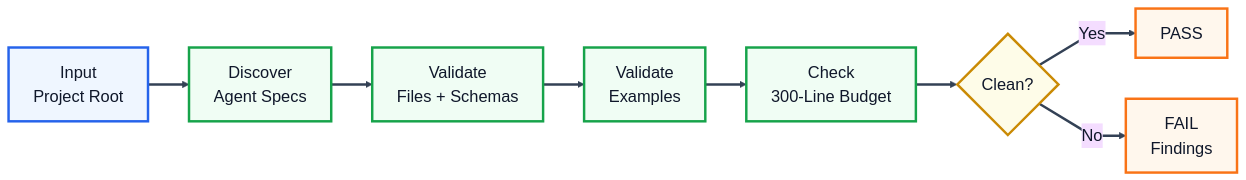
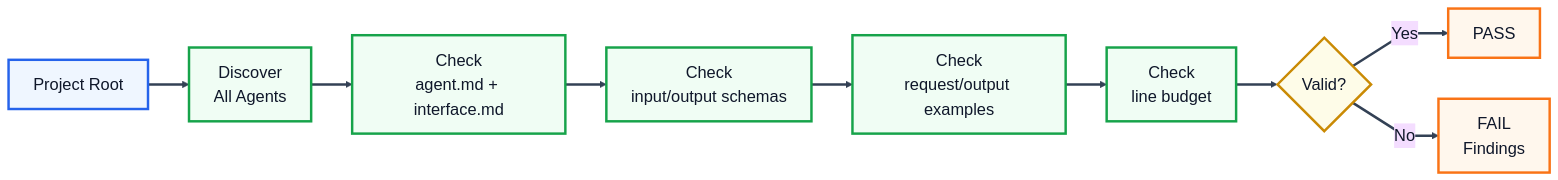
One commit to shiki-dml/My-Harness-Workflow changed the second of 4 diagrams in README.md. Above: the diagram before and after it, drawn with Mermaid. The commit also changed other lines of this file, not shown here.

Commit message:
Document harness interaction flows

````diff
--- a/README.md
+++ b/README.md
@@ -89,20 +119,21 @@
 ```mermaid
 %%{init: {"theme":"base","flowchart":{"curve":"linear","htmlLabels":true},"themeVariables":{"background":"#ffffff","mainBkg":"#ffffff","primaryTextColor":"#0f172a","fontSize":"20px","lineColor":"#334155"}}}%%
 flowchart LR
-    A["Input<br/>Project Root"] --> B["Discover<br/>Agent Specs"]
-    B --> C["Validate<br/>Files + Schemas"]
-    C --> D["Validate<br/>Examples"]
-    D --> E["Check<br/>300-Line Budget"]
-    E --> F{"Clean?"}
-    F -->|Yes| G["PASS"]
-    F -->|No| H["FAIL<br/>Findings"]
+    A["Project Root"] --> B["Discover<br/>All Agents"]
+    B --> C["Check<br/>agent.md + interface.md"]
+    C --> D["Check<br/>input/output schemas"]
+    D --> E["Check<br/>request/output examples"]
+    E --> F["Check<br/>line budget"]
+    F --> G{"Valid?"}
+    G -->|Yes| H["PASS"]
+    G -->|No| I["FAIL<br/>Findings"]
     classDef source fill:#eff6ff,stroke:#2563eb,stroke-width:3px,color:#0f172a
     classDef step fill:#f0fdf4,stroke:#16a34a,stroke-width:3px,color:#0f172a
     classDef decision fill:#fefce8,stroke:#ca8a04,stroke-width:3px,color:#0f172a
     classDef result fill:#fff7ed,stroke:#f97316,stroke-width:3px,color:#0f172a
     class A source
-    class B,C,D,E step
-    class F decision
-    class G,H result
+    class B,C,D,E,F step
+    class G decision
+    class H,I result
     linkStyle default stroke:#334155,stroke-width:3px
 ```
````
